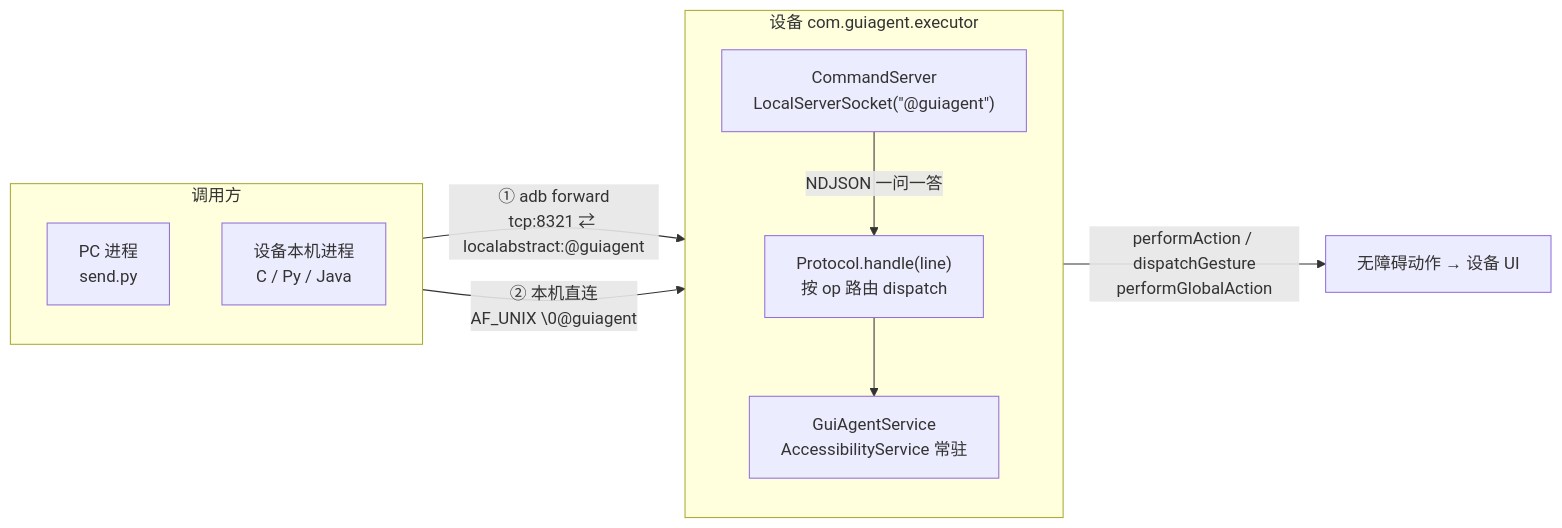
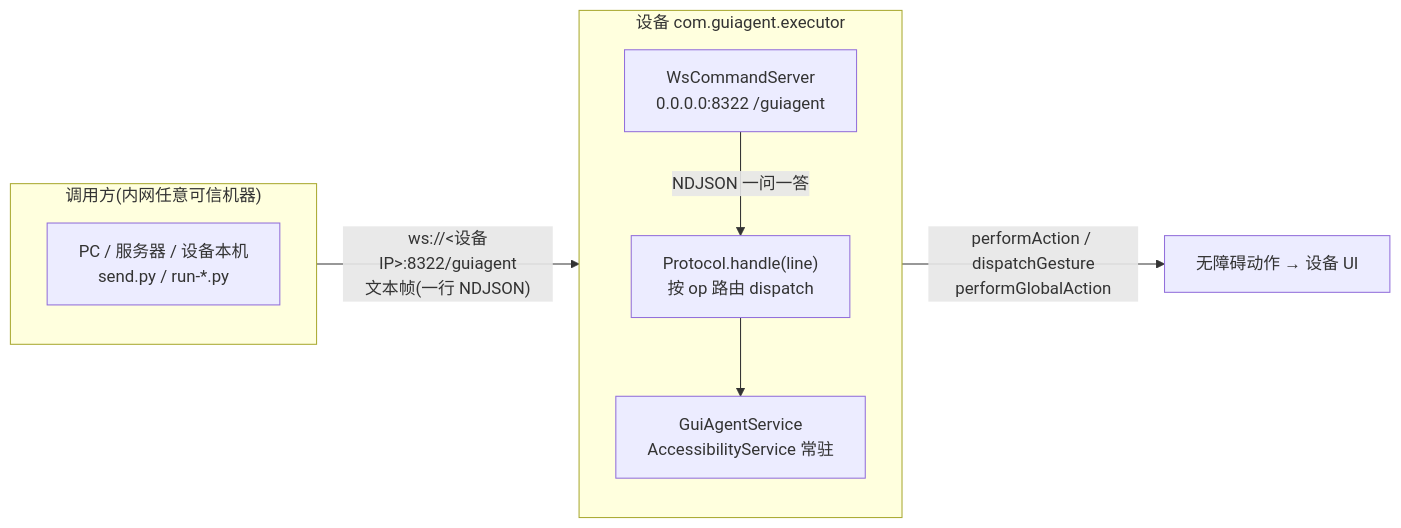
The diagram in README.md (omit-GitHub/Agent-project), drawn with Mermaid before and after one commit. The commit also changed other lines of this file and 14 other files, not shown here.

````diff
--- a/README.md
+++ b/README.md
@@ -13,21 +13,19 @@
 ```mermaid
 flowchart LR
-  subgraph Caller["调用方"]
+  subgraph Caller["调用方(内网任意可信机器)"]
     direction TB
-    PC["PC 进程<br/>send.py"]
-    Local["设备本机进程<br/>C / Py / Java"]
+    PC["PC / 服务器 / 设备本机<br/>send.py / run-*.py"]
   end
 
   subgraph Dev["设备  com.guiagent.executor"]
     direction TB
-    CS["CommandServer<br/>LocalServerSocket(&quot;@guiagent&quot;)"]
+    WS["WsCommandServer<br/>0.0.0.0:8322 /guiagent"]
     Proto["Protocol.handle(line)<br/>按 op 路由 dispatch"]
     Svc["GuiAgentService<br/>AccessibilityService 常驻"]
   end
 
-  PC -- "① adb forward<br/>tcp:8321 ⇄ localabstract:@guiagent" --> CS
-  Local -- "② 本机直连<br/>AF_UNIX  \0@guiagent" --> CS
-  CS -- "NDJSON 一问一答" --> Proto
+  PC -- "ws://<设备IP>:8322/guiagent<br/>文本帧(一行 NDJSON)" --> WS
+  WS -- "NDJSON 一问一答" --> Proto
   Proto --> Svc
   Svc -- "performAction / dispatchGesture<br/>performGlobalAction" --> Act["无障碍动作 → 设备 UI"]
 ```
````
